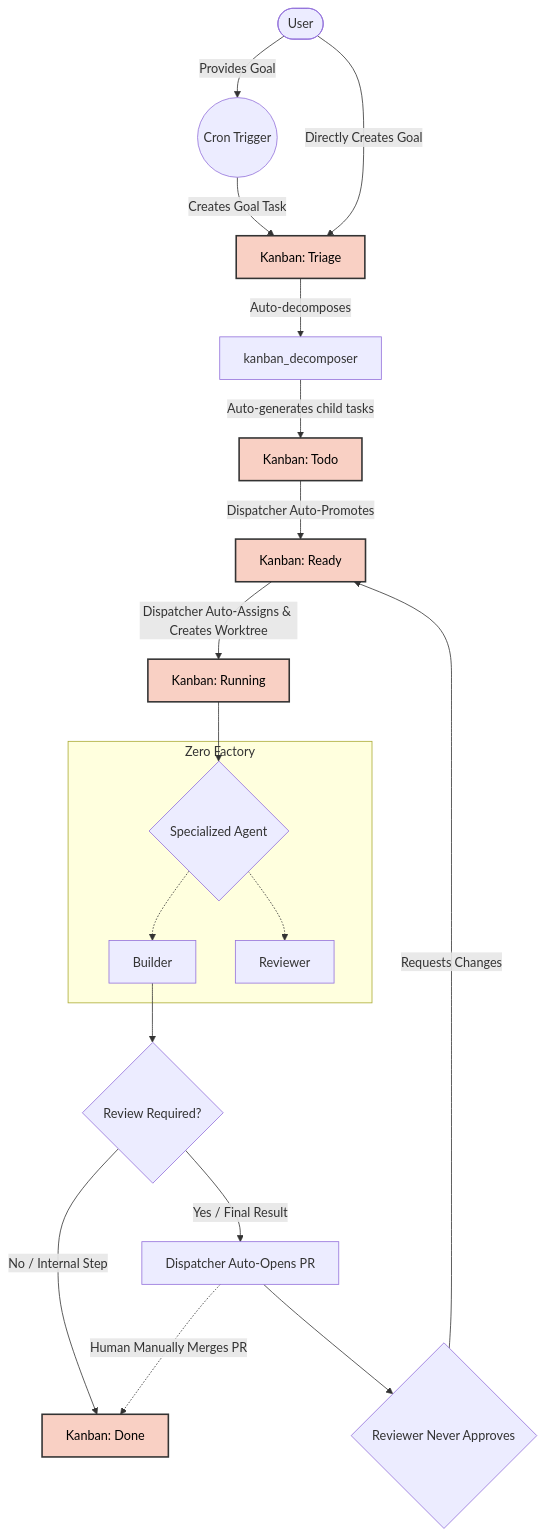
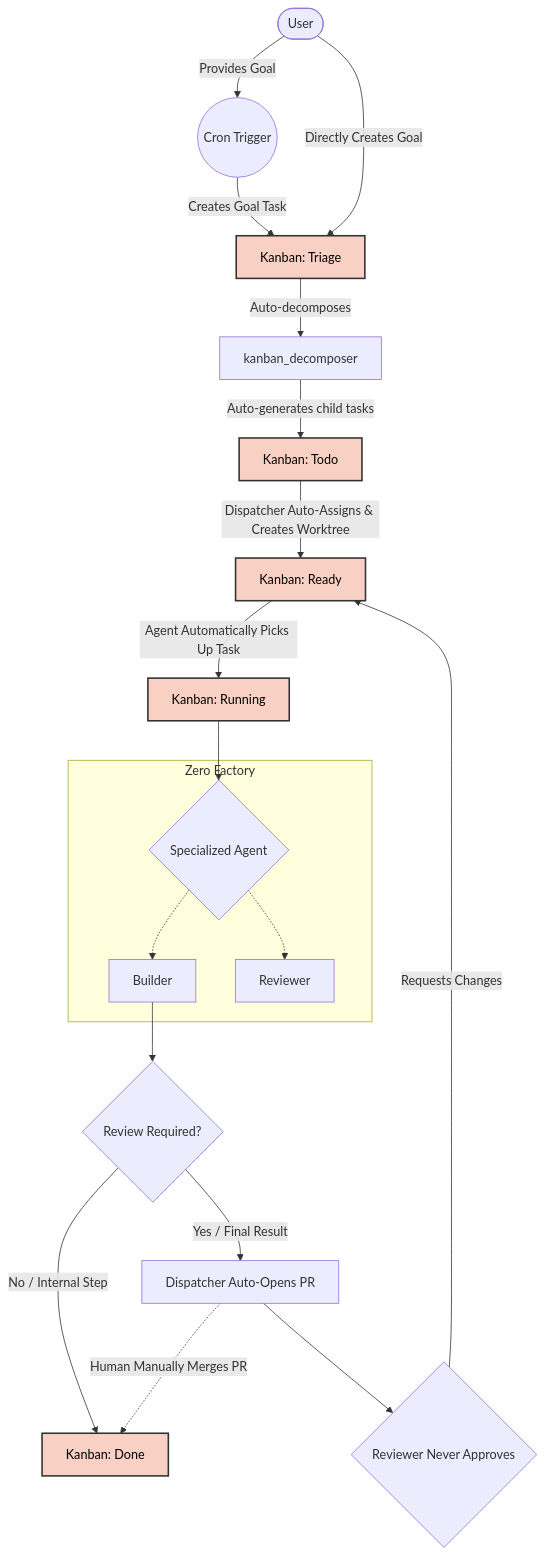
Before and after one commit to hotcode-dev/zerofactory: the diagram in README.md, drawn with Mermaid. The commit also changed other lines of this file and 2 other files, not shown here.

Commit message:
refactor: reorder kanban workflow to promote tasks to Ready only after assignment and update dispatcher to process pending Ready tasks

````diff
--- a/README.md
+++ b/README.md
@@ -34,35 +34,35 @@
 ```mermaid
 graph TD
     classDef kanban fill:#f9d0c4,stroke:#333,stroke-width:2px,color:#000;
     
     User([User]) -->|Provides Goal| Cron((Cron Trigger))
     Cron -->|Creates Goal Task| Triage[Kanban: Triage]:::kanban
     
     User -->|Directly Creates Goal| Triage
     
     Triage -->|Auto-decomposes| Decomposer[kanban_decomposer]
     Decomposer -->|Auto-generates child tasks| Todo[Kanban: Todo]:::kanban
     
-    Todo -->|Dispatcher Auto-Promotes| Ready[Kanban: Ready]:::kanban
+    Todo -->|Dispatcher Auto-Assigns & Creates Worktree| Ready[Kanban: Ready]:::kanban
     
-    Ready -->|Dispatcher Auto-Assigns & Creates Worktree| Running[Kanban: Running]:::kanban
+    Ready -->|Agent Automatically Picks Up Task| Running[Kanban: Running]:::kanban
     
     Running --> AgentWork{Specialized Agent}
     
     subgraph Zero Factory
         AgentWork -.-> Builder
         AgentWork -.-> Reviewer
     end
     
     Builder --> TaskComplete
     
     TaskComplete{Review Required?}
     TaskComplete -->|No / Internal Step| Done[Kanban: Done]:::kanban
     
     TaskComplete -->|Yes / Final Result| PR[Dispatcher Auto-Opens PR]
     
     PR --> ReviewerLoop{Reviewer Never Approves}
     ReviewerLoop -->|Requests Changes| Ready
     
     PR -.->|Human Manually Merges PR| Done
 ```
````
